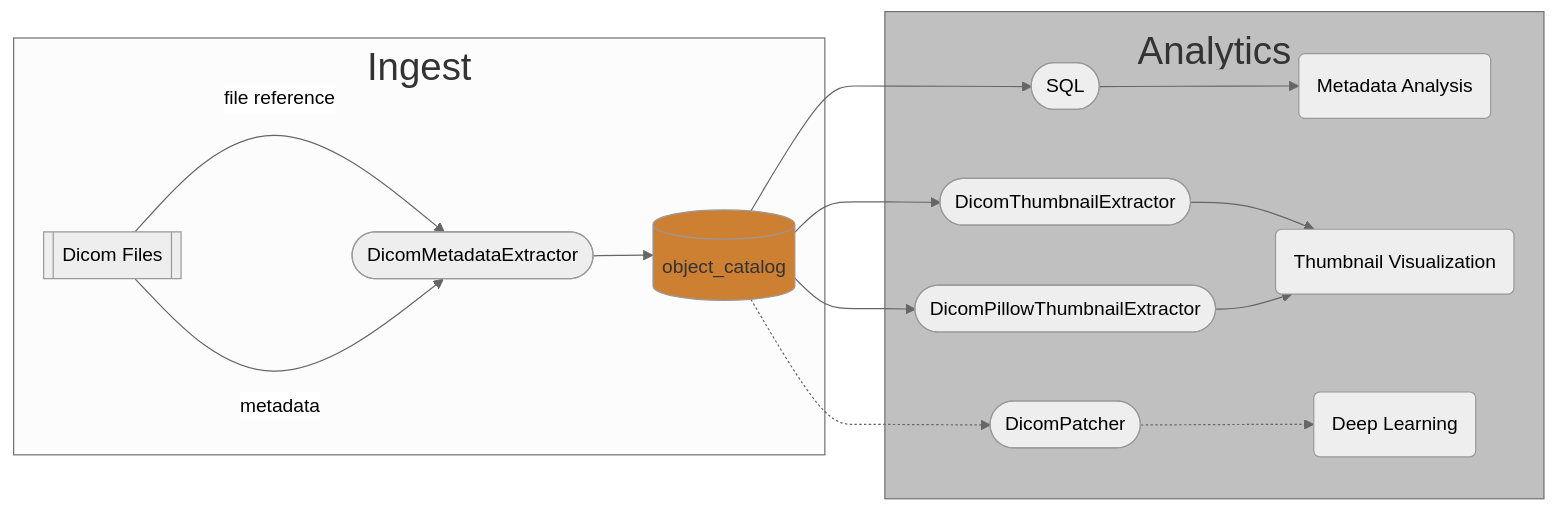
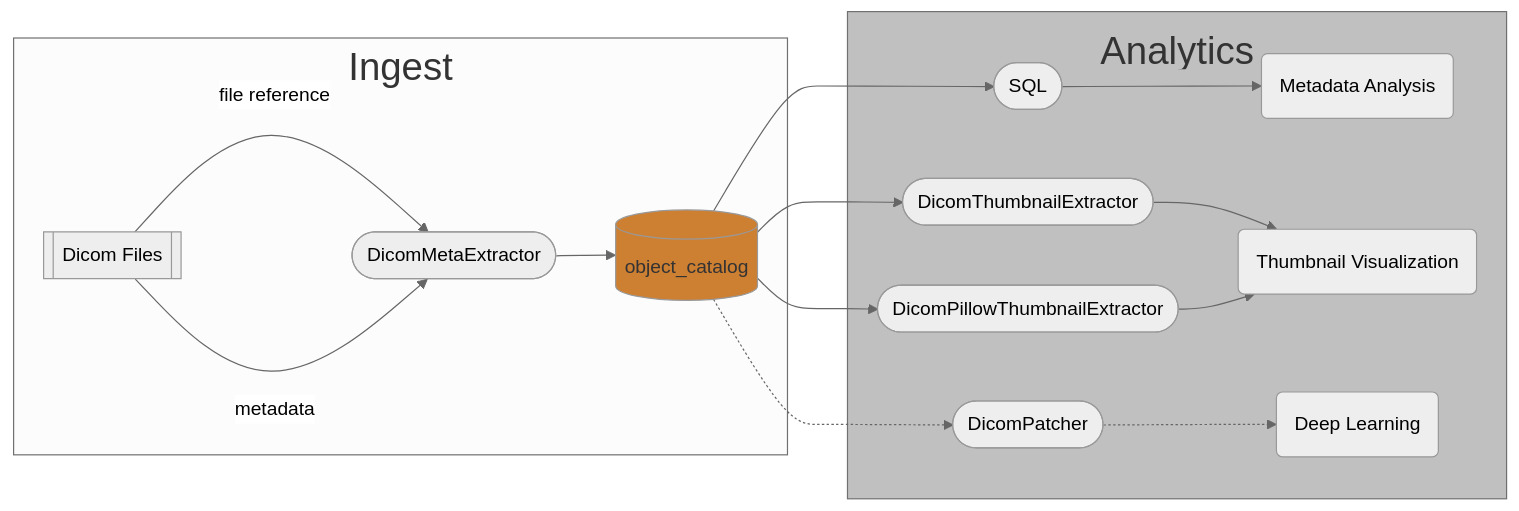
One commit to databricks-industry-solutions/pixels changed the first of 3 diagrams in README.md. Above: the diagram before and after it, drawn with Mermaid (neutral theme). The commit also changed other lines of this file, not shown here.

Commit message:
Rename class to correct DicomMetaExtractor

````diff
--- a/README.md
+++ b/README.md
@@ -42,18 +42,18 @@
 ```mermaid
 flowchart LR
 
 subgraph bronze[<font size=6>Ingest]
-  A[[Dicom Files]] -->|file reference|B([DicomMetadataExtractor])
+  A[[Dicom Files]] -->|file reference|B([DicomMetaExtractor])
   A -->|metadata|B
   B --> C[(object_catalog)]
 end
 subgraph silver[<font size=6>Analytics]
   C --> D1([SQL]) --> D(Metadata Analysis)
   C --> G1([DicomThumbnailExtractor]) --> G(Thumbnail Visualization)
   C --> G2([DicomPillowThumbnailExtractor]) --> G
   C -.-> E([DicomPatcher])
   E -.-> F(Deep Learning)
 end
 style C fill:#CD7F32, stroke:333, color:#333
 style silver fill:#C0C0C0, stroke:333, color #333, font-size: 40px;
 ```
````
